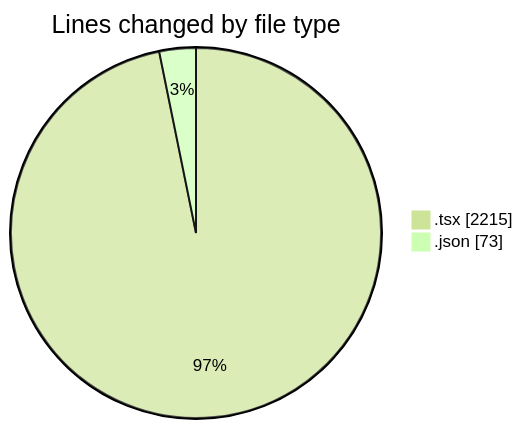
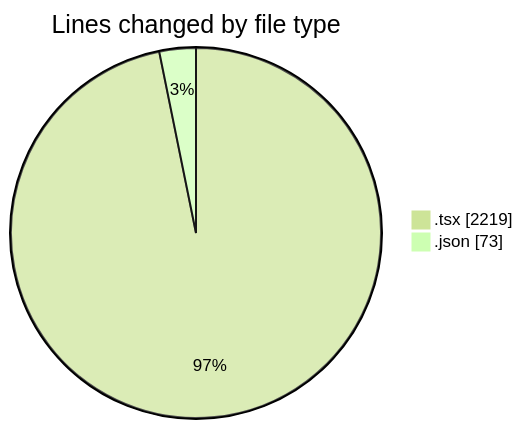
The first of 2 diagrams in 2025-10-02/cda/README.md (momahboobian/code-tracking), drawn with Mermaid (forest theme) before and after one commit. The commit also changed other lines of this file and 1 other file, not shown here.

````diff
--- a/2025-10-02/cda/README.md
+++ b/2025-10-02/cda/README.md
@@ -23,6 +23,6 @@
 ```mermaid
 pie showData
 title Lines changed by file type
-".tsx" : 2215
+".tsx" : 2219
 ".json" : 73
 ```
````
